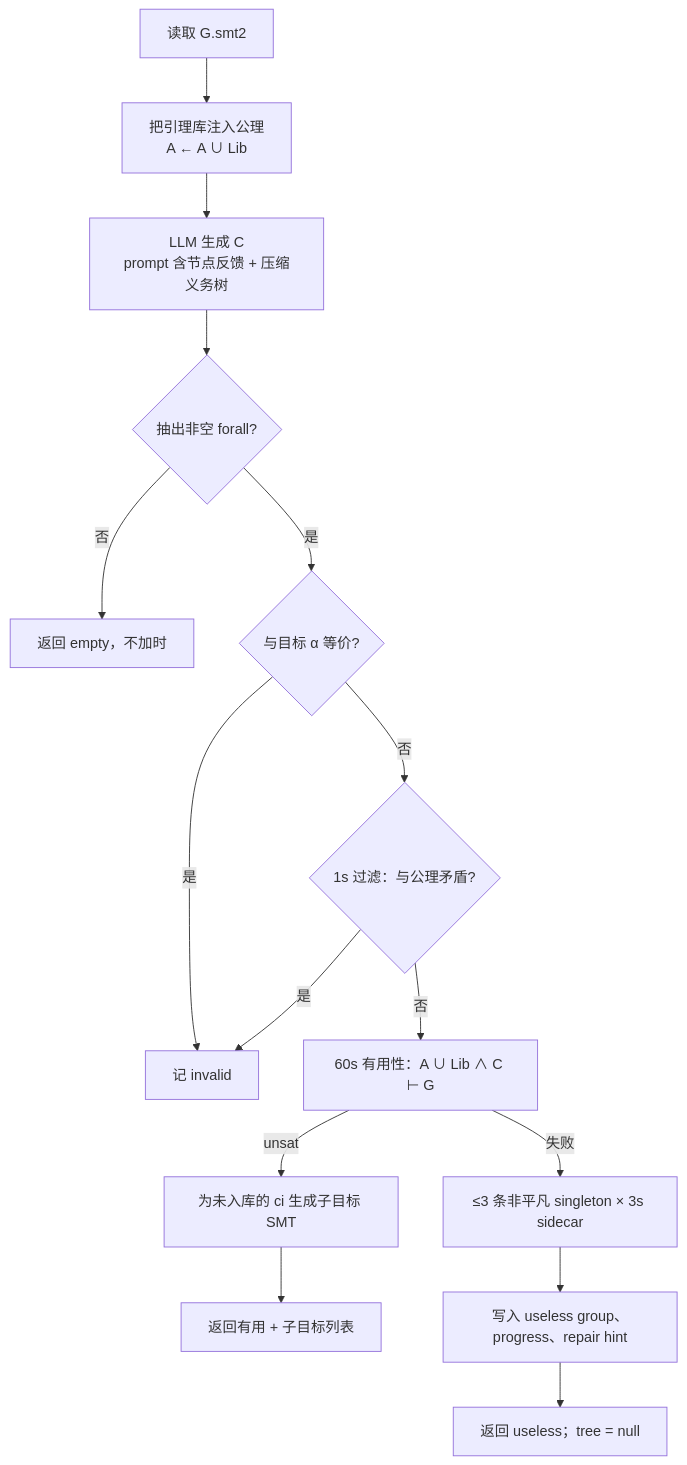
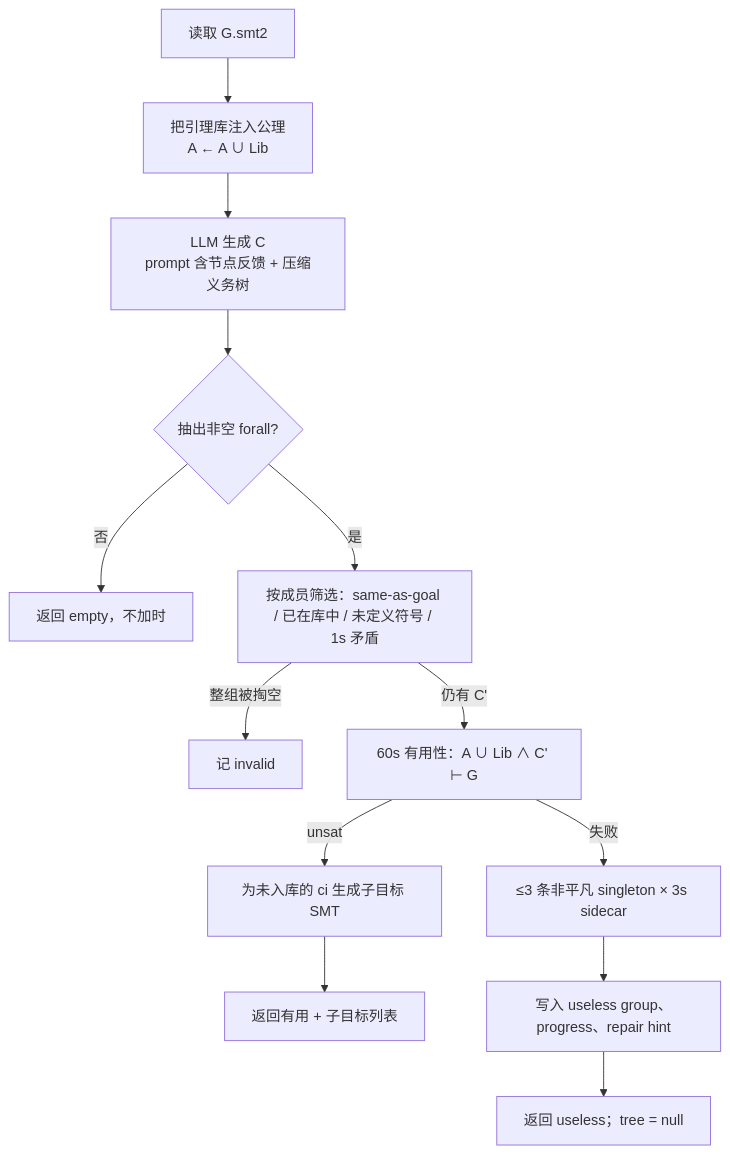
Before and after one commit to sicheng-tan/LLM4Ind: the fourth of 10 diagrams in docs/算法更新与创新点.md, drawn with Mermaid. The commit also changed other lines of this file and 14 other files, not shown here.

````diff
--- a/docs/算法更新与创新点.md
+++ b/docs/算法更新与创新点.md
@@ -140,17 +141,15 @@
 ```mermaid
 flowchart TD
   start["读取 G.smt2"] --> inj["把引理库注入公理<br/>A ← A ∪ Lib"]
   inj --> llm["LLM 生成 C<br/>prompt 含节点反馈 + 压缩义务树"]
   llm --> nonempty{"抽出非空 forall?"}
   nonempty -->|否| empty["返回 empty，不加时"]
-  nonempty -->|是| same{"与目标 α 等价?"}
-  same -->|是| invalid["记 invalid"]
-  same -->|否| contra{"1s 过滤：与公理矛盾?"}
-  contra -->|是| invalid
-  contra -->|否| useful["60s 有用性：A ∪ Lib ∧ C ⊢ G"]
+  nonempty -->|是| screen["按成员筛选：same-as-goal / 已在库中 / 未定义符号 / 1s 矛盾"]
+  screen -->|整组被掏空| invalid["记 invalid"]
+  screen -->|仍有 C'| useful["60s 有用性：A ∪ Lib ∧ C' ⊢ G"]
   useful -->|unsat| files["为未入库的 ci 生成子目标 SMT"]
   files --> ok["返回有用 + 子目标列表"]
   useful -->|失败| side["≤3 条非平凡 singleton × 3s sidecar"]
   side --> write["写入 useless group、progress、repair hint"]
   write --> useless["返回 useless；tree = null"]
 ```
````
